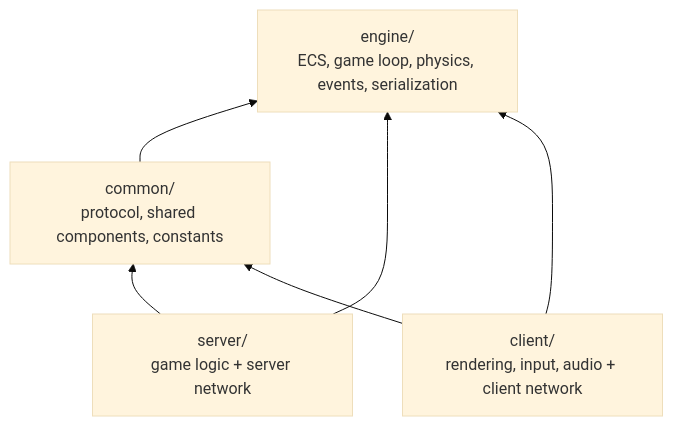
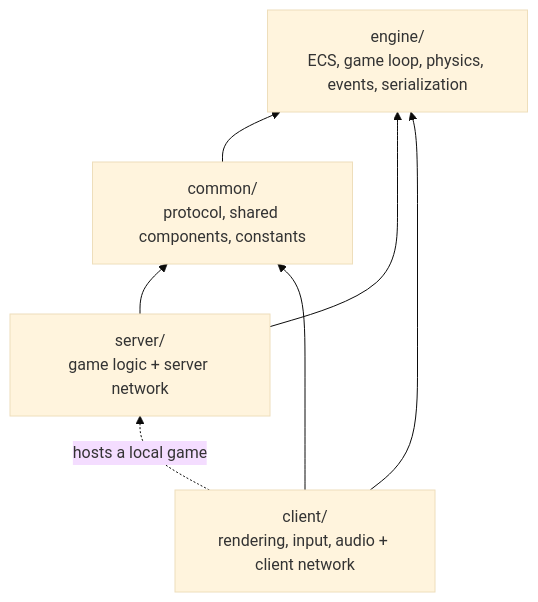
One commit to Nivek-Hyn/epitech-rtype changed the first of 6 diagrams in docs/architecture.md. Above: the diagram before and after it, drawn with Mermaid (base theme). The commit also changed other lines of this file and 2 other files, not shown here.

Commit message:
docs: describe the delivered game, accessibility and client hosting

````diff
--- a/docs/architecture.md
+++ b/docs/architecture.md
@@ -15,12 +15,13 @@
 ```mermaid
 flowchart BT
     engine["engine/<br/>ECS, game loop, physics, events, serialization"]
     common["common/<br/>protocol, shared components, constants"]
     server["server/<br/>game logic + server network"]
     client["client/<br/>rendering, input, audio + client network"]
     common --> engine
     server --> common
     server --> engine
     client --> common
     client --> engine
+    client -. "hosts a local game" .-> server
 ```
````
